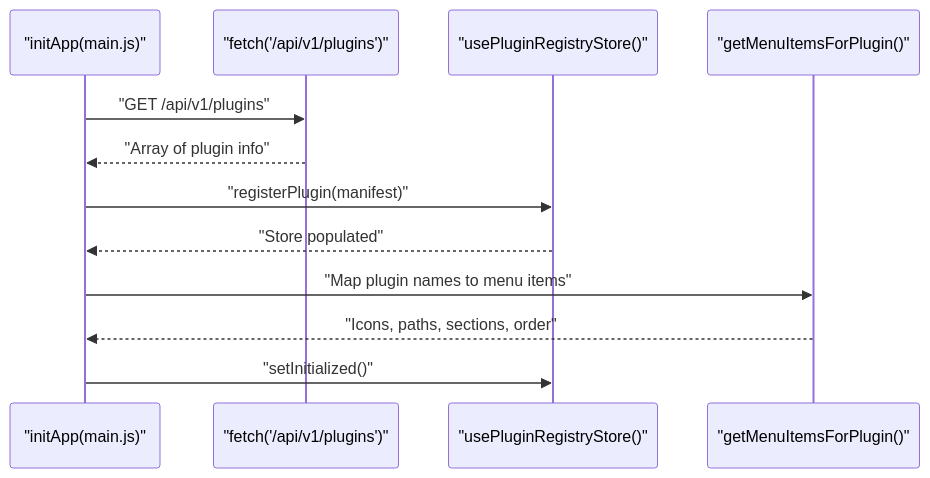
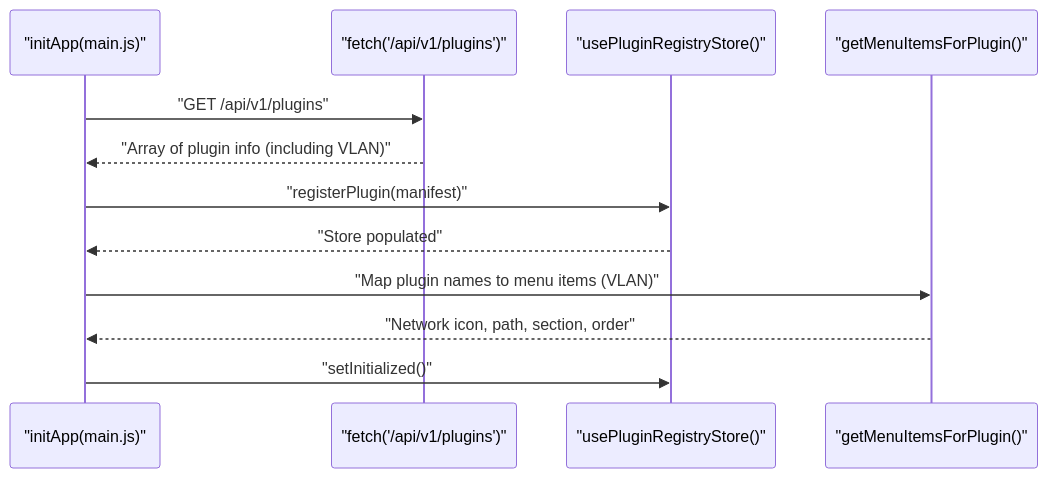
The sixth of 11 diagrams in .qoder/repowiki/en/content/Plugin System Architecture/Frontend Plugin Integration.md (Nikita5543/New-SSO-02), drawn with Mermaid before and after one commit. The commit also changed other lines of this file and 4 other files, not shown here.

Commit message:
Redesign Documentation page with plugin docs and dev guide sections

````diff
--- a/.qoder/repowiki/en/content/Plugin System Architecture/Frontend Plugin Integration.md
+++ b/.qoder/repowiki/en/content/Plugin System Architecture/Frontend Plugin Integration.md
@@ -239,14 +285,14 @@
 ```mermaid
 sequenceDiagram
 participant Init as "initApp(main.js)"
 participant Fetch as "fetch('/api/v1/plugins')"
 participant Reg as "usePluginRegistryStore()"
 participant Menu as "getMenuItemsForPlugin()"
 Init->>Fetch : "GET /api/v1/plugins"
-Fetch-->>Init : "Array of plugin info"
+Fetch-->>Init : "Array of plugin info (including VLAN)"
 Init->>Reg : "registerPlugin(manifest)"
 Reg-->>Init : "Store populated"
-Init->>Menu : "Map plugin names to menu items"
-Menu-->>Init : "Icons, paths, sections, order"
+Init->>Menu : "Map plugin names to menu items (VLAN)"
+Menu-->>Init : "Network icon, path, section, order"
 Init->>Reg : "setInitialized()"
 ```
````
